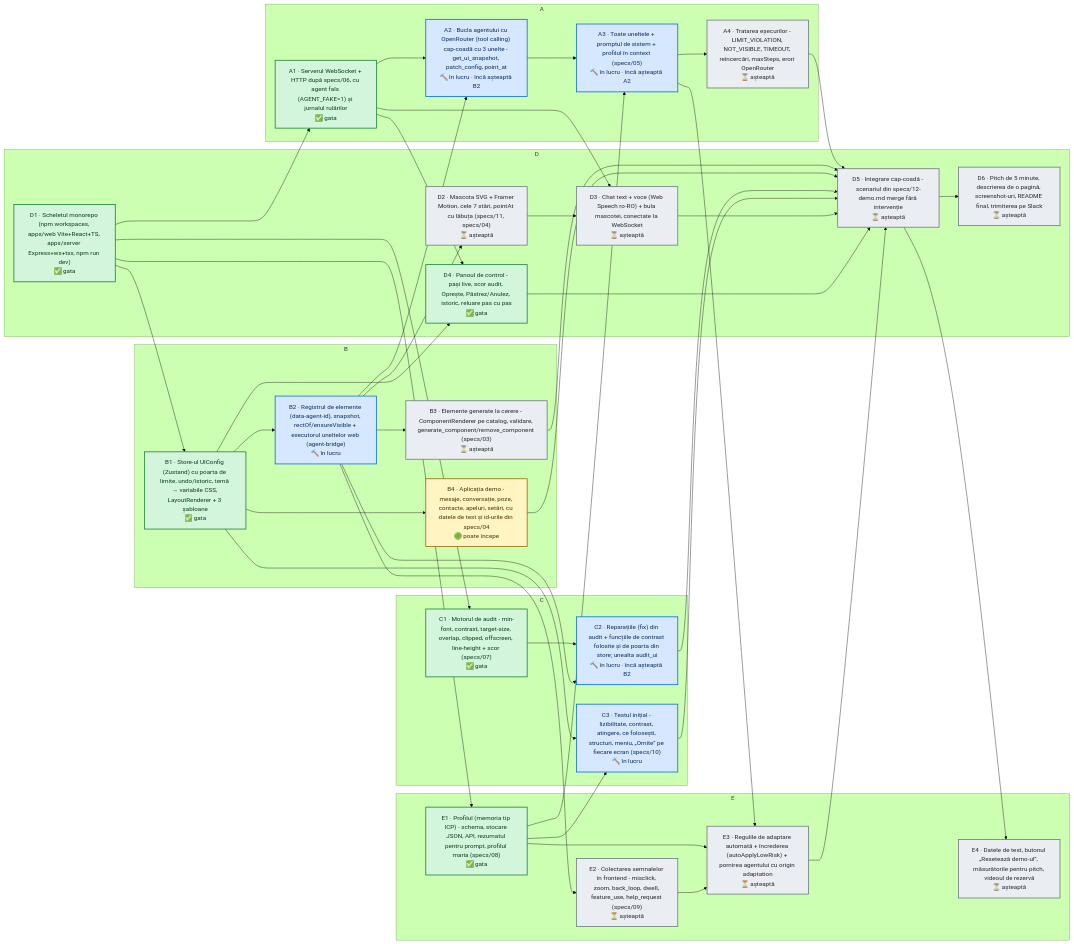
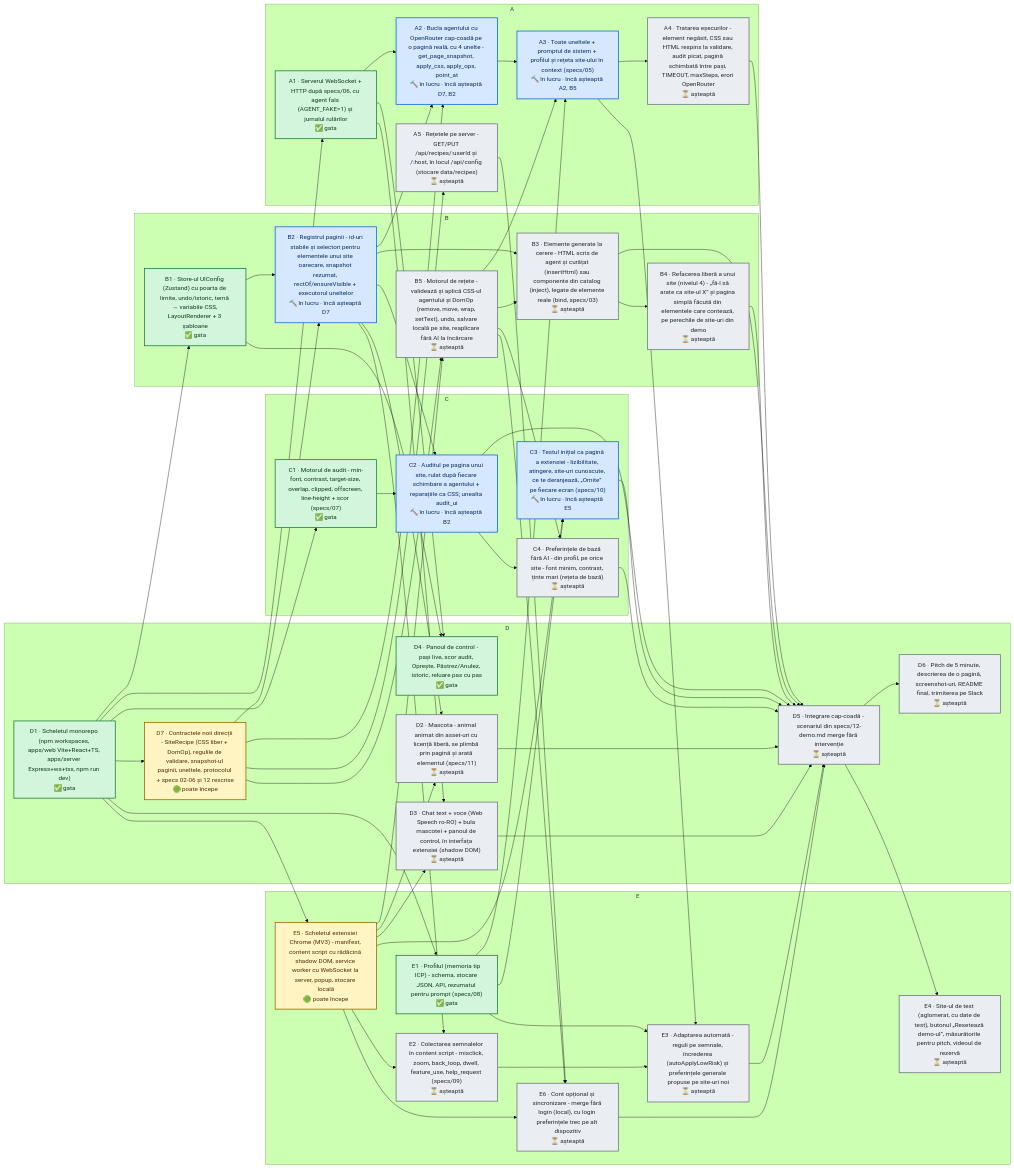
The diagram in DAG.md (06cezar/UiShapeshifter), drawn with Mermaid (forest theme) before and after one commit. The commit also changed other lines of this file and 1 other file, not shown here.

Commit message:
dag: update [skip ci]

````diff
--- a/DAG.md
+++ b/DAG.md
@@ -9,66 +9,90 @@
 flowchart LR
   subgraph t_owner_A["A"]
     t_A1["A1 · Serverul WebSocket + HTTP după specs/06, cu agent fals (AGENT_FAKE=1) și jurnalul rulărilor<br/>✅ gata"]
-    t_A2["A2 · Bucla agentului cu OpenRouter (tool calling) cap-coadă cu 3 unelte - get_ui_snapshot, patch_config, point_at<br/>🔨 în lucru · încă așteaptă B2"]
-    t_A3["A3 · Toate uneltele + promptul de sistem + profilul în context (specs/05)<br/>🔨 în lucru · încă așteaptă A2"]
-    t_A4["A4 · Tratarea eșecurilor - LIMIT_VIOLATION, NOT_VISIBLE, TIMEOUT, reîncercări, maxSteps, erori OpenRouter<br/>⏳ așteaptă"]
+    t_A5["A5 · Rețetele pe server - GET/PUT /api/recipes/:userId și /:host, în locul /api/config (stocare data/recipes)<br/>⏳ așteaptă"]
+    t_A2["A2 · Bucla agentului cu OpenRouter cap-coadă pe o pagină reală, cu 4 unelte - get_page_snapshot, apply_css, apply_ops, point_at<br/>🔨 în lucru · încă așteaptă D7, B2"]
+    t_A3["A3 · Toate uneltele + promptul de sistem + profilul și rețeta site-ului în context (specs/05)<br/>🔨 în lucru · încă așteaptă A2, B5"]
+    t_A4["A4 · Tratarea eșecurilor - element negăsit, CSS sau HTML respins la validare, audit picat, pagină schimbată între pași, TIMEOUT, maxSteps, erori OpenRouter<br/>⏳ așteaptă"]
   end
   subgraph t_owner_B["B"]
     t_B1["B1 · Store-ul UIConfig (Zustand) cu poarta de limite, undo/istoric, temă → variabile CSS, LayoutRenderer + 3 șabloane<br/>✅ gata"]
-    t_B2["B2 · Registrul de elemente (data-agent-id), snapshot, rectOf/ensureVisible + executorul uneltelor web (agent-bridge)<br/>🔨 în lucru"]
-    t_B3["B3 · Elemente generate la cerere - ComponentRenderer pe catalog, validare, generate_component/remove_component (specs/03)<br/>⏳ așteaptă"]
-    t_B4["B4 · Aplicația demo - mesaje, conversație, poze, contacte, apeluri, setări, cu datele de test și id-urile din specs/04<br/>🟢 poate începe"]
+    t_B2["B2 · Registrul paginii - id-uri stabile și selectori pentru elementele unui site oarecare, snapshot rezumat, rectOf/ensureVisible + executorul uneltelor<br/>🔨 în lucru · încă așteaptă D7"]
+    t_B5["B5 · Motorul de rețete - validează și aplică CSS-ul agentului și DomOp (remove, move, wrap, setText), undo, salvare locală pe site, reaplicare fără AI la încărcare<br/>⏳ așteaptă"]
+    t_B3["B3 · Elemente generate la cerere - HTML scris de agent și curățat (insertHtml) sau componente din catalog (inject), legate de elemente reale (bind, specs/03)<br/>⏳ așteaptă"]
+    t_B4["B4 · Refacerea liberă a unui site (nivelul 4) - „fă-l să arate ca site-ul X” și pagina simplă făcută din elementele care contează, pe perechile de site-uri din demo<br/>⏳ așteaptă"]
   end
   subgraph t_owner_C["C"]
     t_C1["C1 · Motorul de audit - min-font, contrast, target-size, overlap, clipped, offscreen, line-height + scor (specs/07)<br/>✅ gata"]
-    t_C2["C2 · Reparațiile (fix) din audit + funcțiile de contrast folosite și de poarta din store; unealta audit_ui<br/>🔨 în lucru · încă așteaptă B2"]
-    t_C3["C3 · Testul inițial - lizibilitate, contrast, atingere, ce folosești, structuri, meniu, „Omite” pe fiecare ecran (specs/10)<br/>🔨 în lucru"]
+    t_C2["C2 · Auditul pe pagina unui site, rulat după fiecare schimbare a agentului + reparațiile ca CSS; unealta audit_ui<br/>🔨 în lucru · încă așteaptă B2"]
+    t_C3["C3 · Testul inițial ca pagină a extensiei - lizibilitate, atingere, site-uri cunoscute, ce te deranjează, „Omite” pe fiecare ecran (specs/10)<br/>🔨 în lucru · încă așteaptă E5"]
+    t_C4["C4 · Preferințele de bază fără AI - din profil, pe orice site - font minim, contrast, ținte mari (rețeta de bază)<br/>⏳ așteaptă"]
   end
   subgraph t_owner_D["D"]
     t_D1["D1 · Scheletul monorepo (npm workspaces, apps/web Vite+React+TS, apps/server Express+ws+tsx, npm run dev)<br/>✅ gata"]
-    t_D2["D2 · Mascota SVG + Framer Motion, cele 7 stări, pointAt cu lăbuța (specs/11, specs/04)<br/>⏳ așteaptă"]
-    t_D3["D3 · Chat text + voce (Web Speech ro-RO) + bula mascotei, conectate la WebSocket<br/>⏳ așteaptă"]
     t_D4["D4 · Panoul de control - pași live, scor audit, Oprește, Păstrez/Anulez, istoric, reluare pas cu pas<br/>✅ gata"]
+    t_D7["D7 · Contractele noii direcții - SiteRecipe (CSS liber + DomOp), regulile de validare, snapshot-ul paginii, uneltele, protocolul + specs 02-06 și 12 rescrise<br/>🟢 poate începe"]
+    t_D2["D2 · Mascota - animal animat din asset-uri cu licență liberă, se plimbă prin pagină și arată elementul (specs/11)<br/>⏳ așteaptă"]
+    t_D3["D3 · Chat text + voce (Web Speech ro-RO) + bula mascotei + panoul de control, în interfața extensiei (shadow DOM)<br/>⏳ așteaptă"]
     t_D5["D5 · Integrare cap-coadă - scenariul din specs/12-demo.md merge fără intervenție<br/>⏳ așteaptă"]
     t_D6["D6 · Pitch de 5 minute, descrierea de o pagină, screenshot-uri, README final, trimiterea pe Slack<br/>⏳ așteaptă"]
   end
   subgraph t_owner_E["E"]
-    t_E1["E1 · Profilul (memoria tip ICP) - schema, stocare JSON, API, rezumatul pentru prompt, profilul maria (specs/08)<br/>✅ gata"]
-    t_E2["E2 · Colectarea semnalelor în frontend - misclick, zoom, back_loop, dwell, feature_use, help_request (specs/09)<br/>⏳ așteaptă"]
-    t_E3["E3 · Regulile de adaptare automată + încrederea (autoApplyLowRisk) + pornirea agentului cu origin adaptation<br/>⏳ așteaptă"]
-    t_E4["E4 · Datele de test, butonul „Resetează demo-ul”, măsurătorile pentru pitch, videoul de rezervă<br/>⏳ așteaptă"]
+    t_E1["E1 · Profilul (memoria tip ICP) - schema, stocare JSON, API, rezumatul pentru prompt (specs/08)<br/>✅ gata"]
+    t_E5["E5 · Scheletul extensiei Chrome (MV3) - manifest, content script cu rădăcină shadow DOM, service worker cu WebSocket la server, popup, stocare locală<br/>🟢 poate începe"]
+    t_E2["E2 · Colectarea semnalelor în content script - misclick, zoom, back_loop, dwell, feature_use, help_request (specs/09)<br/>⏳ așteaptă"]
+    t_E6["E6 · Cont opțional și sincronizare - merge fără login (local), cu login preferințele trec pe alt dispozitiv<br/>⏳ așteaptă"]
+    t_E3["E3 · Adaptarea automată - reguli pe semnale, încrederea (autoApplyLowRisk) și preferințele generale propuse pe site-uri noi<br/>⏳ așteaptă"]
+    t_E4["E4 · Site-ul de test (aglomerat, cu date de test), butonul „Resetează demo-ul”, măsurătorile pentru pitch, videoul de rezervă<br/>⏳ așteaptă"]
   end
-  t_B2 --> t_D2
-  t_A1 --> t_D3
-  t_D2 --> t_D3
   t_A1 --> t_D4
   t_B1 --> t_D4
+  t_D1 --> t_D7
+  t_E5 --> t_D2
+  t_B2 --> t_D2
+  t_E5 --> t_D3
+  t_A1 --> t_D3
   t_A4 --> t_D5
   t_B3 --> t_D5
   t_B4 --> t_D5
   t_C2 --> t_D5
   t_C3 --> t_D5
+  t_C4 --> t_D5
+  t_D2 --> t_D5
   t_D3 --> t_D5
-  t_D4 --> t_D5
   t_E3 --> t_D5
+  t_E6 --> t_D5
   t_D5 --> t_D6
   t_D1 --> t_A1
+  t_D7 --> t_A5
   t_A1 --> t_A2
+  t_D7 --> t_A2
   t_B2 --> t_A2
   t_A2 --> t_A3
   t_E1 --> t_A3
+  t_B5 --> t_A3
   t_A3 --> t_A4
   t_D1 --> t_B1
   t_B1 --> t_B2
+  t_D7 --> t_B2
+  t_D7 --> t_B5
+  t_E5 --> t_B5
   t_B2 --> t_B3
-  t_B1 --> t_B4
+  t_B5 --> t_B3
+  t_B3 --> t_B4
   t_D1 --> t_C1
   t_C1 --> t_C2
   t_B2 --> t_C2
-  t_B1 --> t_C3
+  t_E5 --> t_C3
   t_E1 --> t_C3
+  t_B5 --> t_C4
+  t_C2 --> t_C4
   t_D1 --> t_E1
+  t_D1 --> t_E5
+  t_E5 --> t_E2
   t_B2 --> t_E2
+  t_E5 --> t_E6
+  t_B5 --> t_E6
+  t_A5 --> t_E6
   t_E1 --> t_E3
   t_E2 --> t_E3
   t_A3 --> t_E3
@@ -80,6 +104,6 @@
   classDef blocked fill:#ffd8d3,stroke:#cf222e,color:#5c0b10,stroke-width:2px
   class t_D1,t_D4,t_A1,t_B1,t_C1,t_E1 done
   class t_A2,t_A3,t_B2,t_C2,t_C3 progress
-  class t_B4 ready
-  class t_D2,t_D3,t_D5,t_D6,t_A4,t_B3,t_E2,t_E3,t_E4 wait
+  class t_D7,t_E5 ready
+  class t_D2,t_D3,t_D5,t_D6,t_A5,t_A4,t_B5,t_B3,t_B4,t_C4,t_E2,t_E6,t_E3,t_E4 wait
 ```
````
